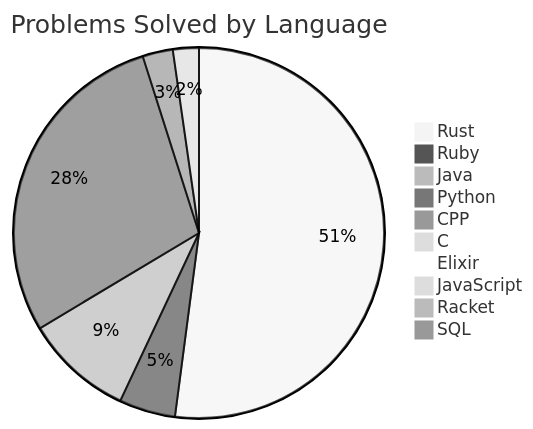
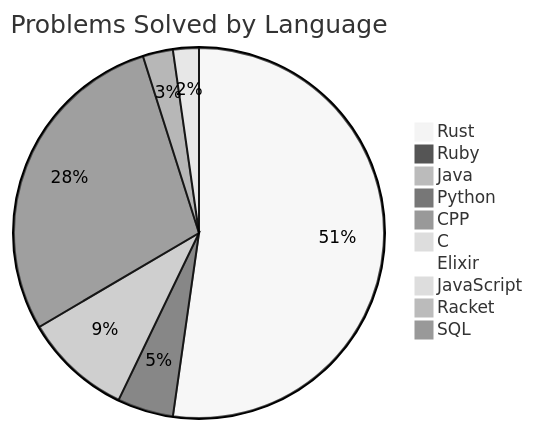
Before and after one commit to Liam-Wirth/leetcode-solutions: the second of 2 diagrams in README.md, drawn with Mermaid (neutral theme). The commit also changed other lines of this file and 4 other files, not shown here.

````diff
--- a/README.md
+++ b/README.md
@@ -46,13 +46,13 @@
 ```mermaid
 pie title Problems Solved by Language
-    "Rust": 138
+    "Rust": 139
     "Ruby": 13
     "Java": 25
     "Python": 76
     "CPP": 7
     "C": 6
     "Elixir": 1
     "JavaScript": 2
     "Racket": 1
     "SQL": 2
 ```
````
